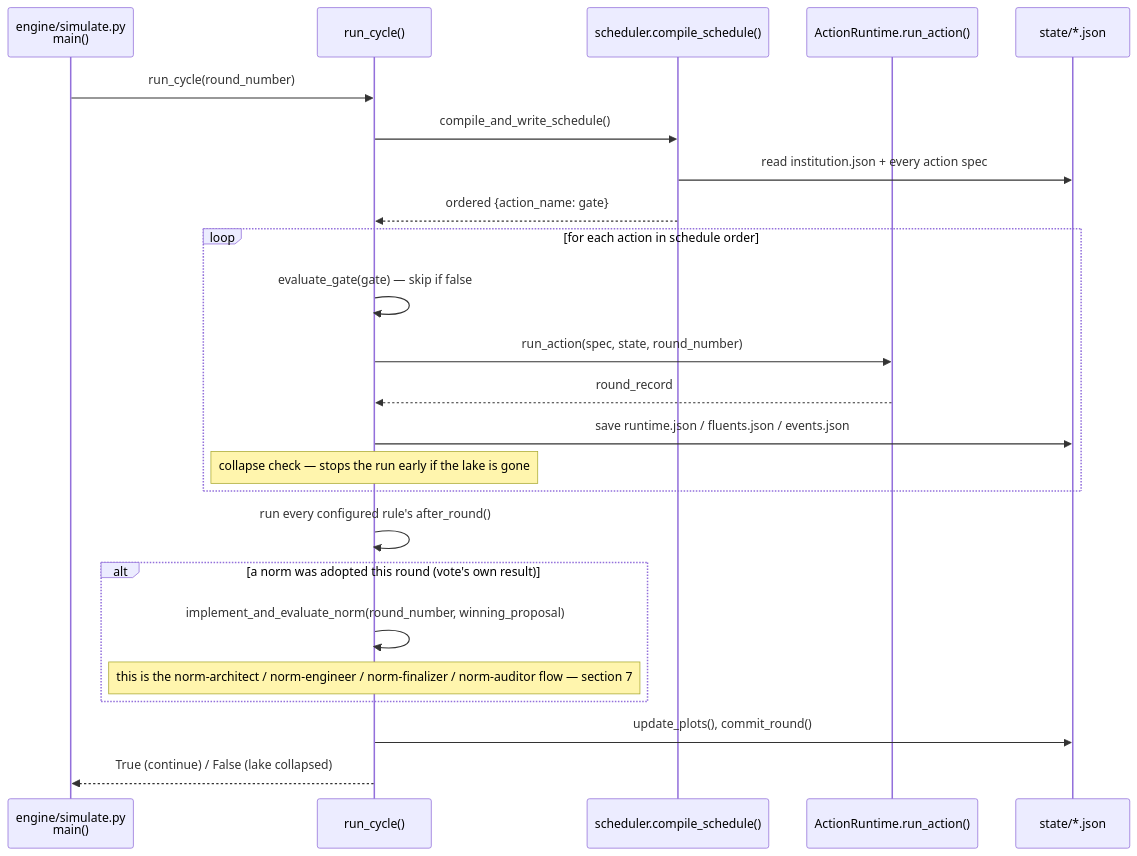
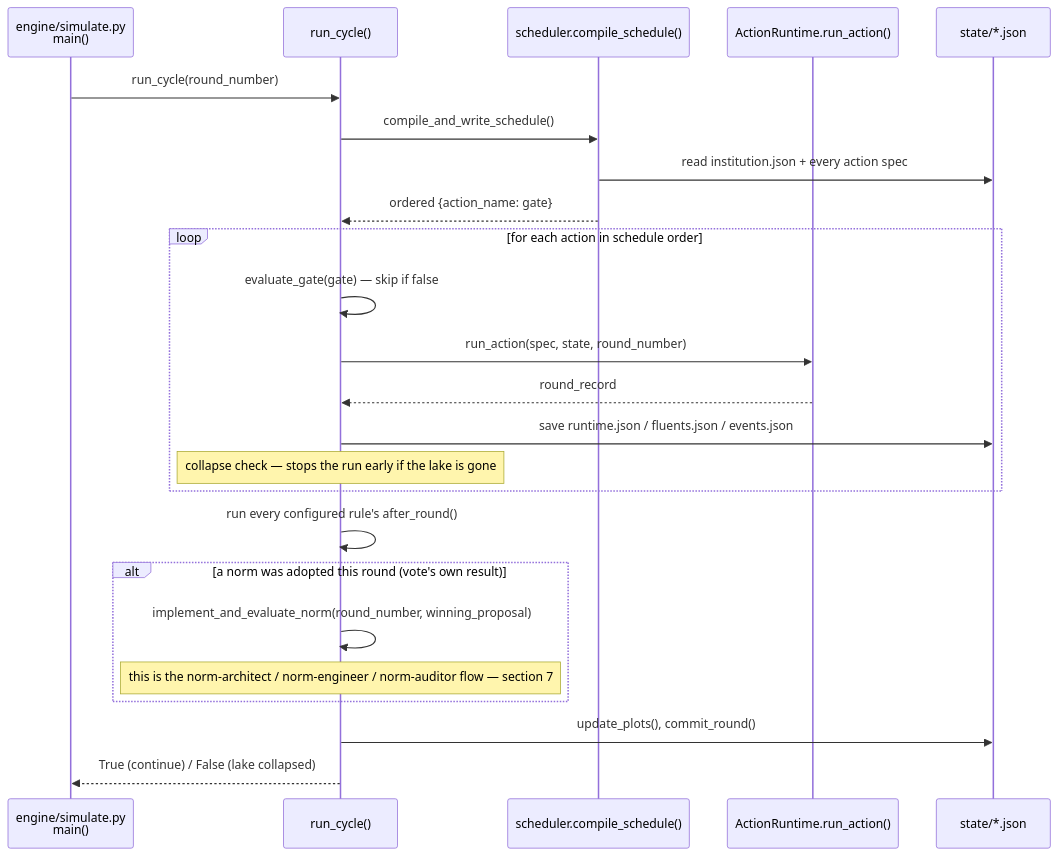
The second of 6 diagrams in ops/ARCHITECTURE.md (aisealion/GenerativeSimulation), drawn with Mermaid before and after one commit. The commit also changed other lines of this file and 10 other files, not shown here.

````diff
--- a/ops/ARCHITECTURE.md
+++ b/ops/ARCHITECTURE.md
@@ -141,29 +142,29 @@
 ```mermaid
 sequenceDiagram
     participant Main as engine/simulate.py<br/>main()
     participant Cycle as run_cycle()
     participant Sched as scheduler.compile_schedule()
     participant Runtime as ActionRuntime.run_action()
     participant State as state/*.json
 
     Main->>Cycle: run_cycle(round_number)
     Cycle->>Sched: compile_and_write_schedule()
     Sched->>State: read institution.json + every action spec
     Sched-->>Cycle: ordered {action_name: gate}
 
     loop for each action in schedule order
         Cycle->>Cycle: evaluate_gate(gate) — skip if false
         Cycle->>Runtime: run_action(spec, state, round_number)
         Runtime-->>Cycle: round_record
         Cycle->>State: save runtime.json / fluents.json / events.json
         Note over Cycle: collapse check — stops the run early if the lake is gone
     end
 
     Cycle->>Cycle: run every configured rule's after_round()
     alt a norm was adopted this round (vote's own result)
         Cycle->>Cycle: implement_and_evaluate_norm(round_number, winning_proposal)
-        Note over Cycle: this is the norm-architect / norm-engineer / norm-finalizer / norm-auditor flow — section 7
+        Note over Cycle: this is the norm-architect / norm-engineer / norm-auditor flow — section 7
     end
     Cycle->>State: update_plots(), commit_round()
     Cycle-->>Main: True (continue) / False (lake collapsed)
 ```
````
